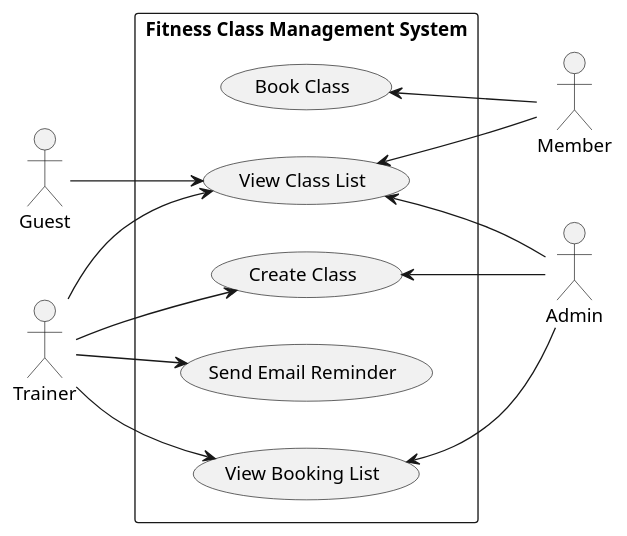
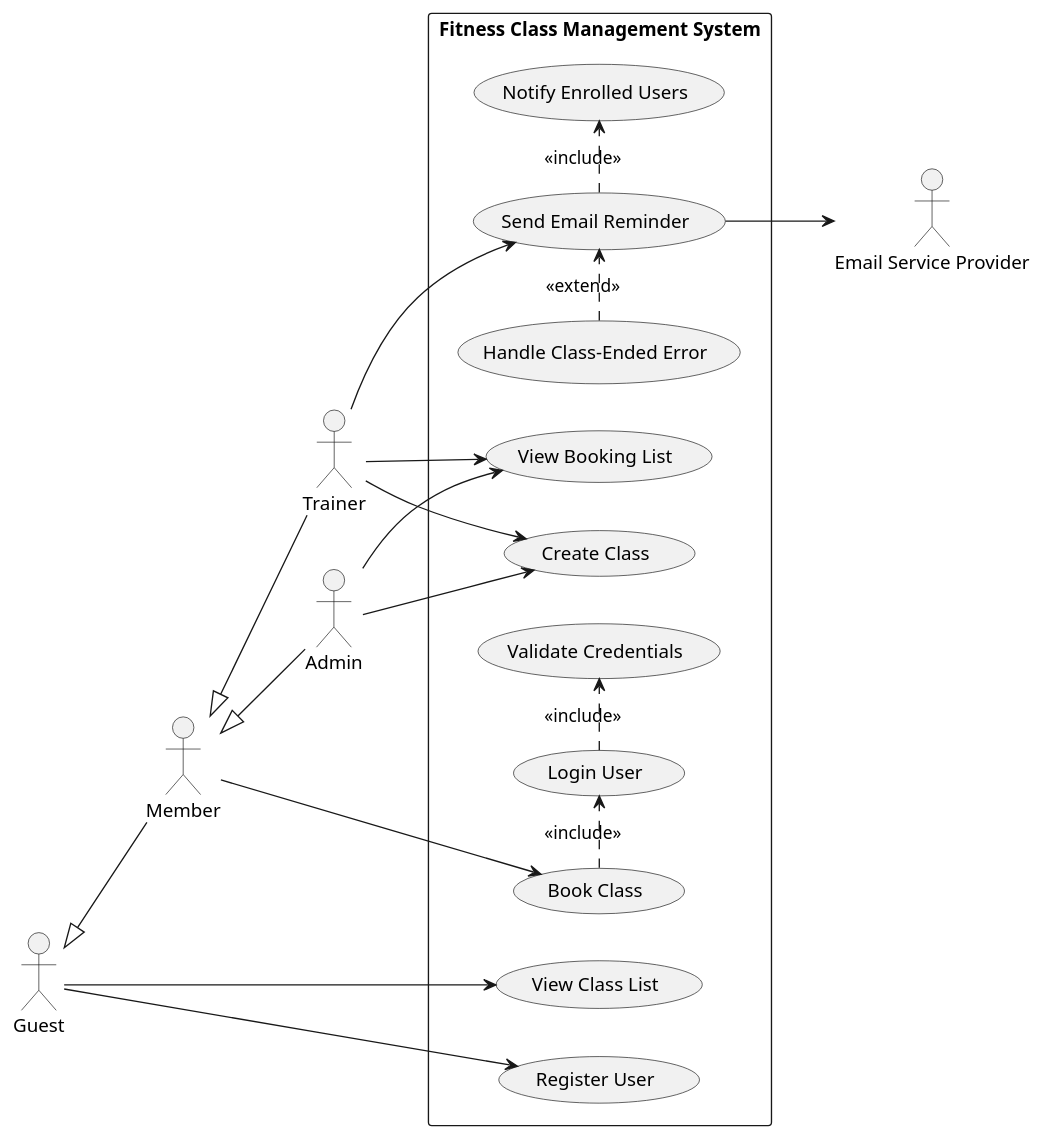
Before and after one commit to cs-uh-2012-spring26/cs-uh-2012-software-engineering-group_b: the diagram in reports/uml/Main-uml-diagram.plantuml, drawn with PlantUML. The commit also changed 11 other files, not shown here.

Commit message:
Fixed use case diagram & bug fixes from S2.

```diff
--- a/reports/uml/Main-uml-diagram.plantuml
+++ b/reports/uml/Main-uml-diagram.plantuml
@@ -1,34 +1,55 @@
 @startuml
 left to right direction
 
 actor Guest
+actor Member
 actor Trainer
+actor Admin
+actor "Email Service Provider" as ESP
+
+' Inheritance between actors (plain generalization arrow)
+Guest <|-- Member
+Member <|-- Trainer
+Member <|-- Admin
 
 rectangle "Fitness Class Management System" {
-
   usecase "View Class List" as UC1
+  usecase "Register User" as UC5
+  usecase "Login User" as UC6
+  usecase "Validate Credentials" as UC9
   usecase "Book Class" as UC2
   usecase "Create Class" as UC3
   usecase "View Booking List" as UC4
   usecase "Send Email Reminder" as UC8
+  usecase "Notify Enrolled Users" as UC10
+  usecase "Handle Class-Ended Error" as UC11
 }
 
-actor Member
-actor Admin
+' Guest associations
+Guest --> UC1
+Guest --> UC5
 
-' Left side actors
-Guest --> UC1
-Trainer --> UC1
+' Member associations
+Member --> UC2
+
+' Trainer associations
 Trainer --> UC3
 Trainer --> UC4
 Trainer --> UC8
 
-' Right side actors (reverse arrow)
-UC1 <-- Member
-UC2 <-- Member
+' Admin associations
+Admin --> UC3
+Admin --> UC4
 
-UC1 <-- Admin
-UC3 <-- Admin
-UC4 <-- Admin
+' Secondary actor
+UC8 --> ESP
+
+' include relationships
+UC6 .> UC9 : <<include>>
+UC2 .> UC6 : <<include>>
+UC8 .> UC10 : <<include>>
+
+' extend relationship (alternate/failure flow)
+UC11 .> UC8 : <<extend>>
 
 @enduml
```
